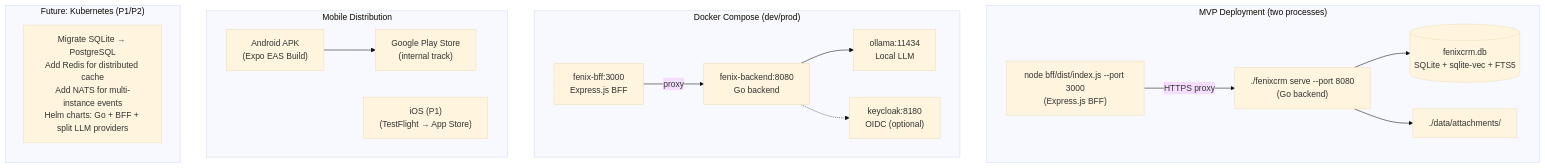
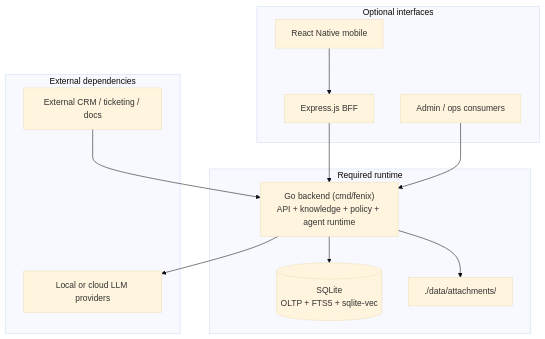
The sixth of 6 diagrams in docs/architecture.md (krukmat/fenix), drawn with Mermaid (base theme) before and after one commit. The commit also changed other lines of this file and 38 other files, not shown here.

````diff
--- a/docs/architecture.md
+++ b/docs/architecture.md
@@ -1369,32 +832,27 @@
 ```mermaid
 flowchart TB
-    subgraph MVP["MVP Deployment (two processes)"]
-        BIN["./fenixcrm serve --port 8080<br/>(Go backend)"]
-        BFF_PROC["node bff/dist/index.js --port 3000<br/>(Express.js BFF)"]
-        BIN --> SQLITE_F[("fenixcrm.db<br/>SQLite + sqlite-vec + FTS5")]
-        BIN --> FS_F["./data/attachments/"]
-        BFF_PROC -->|"HTTPS proxy"| BIN
+    subgraph CORE["Required runtime"]
+        GO["Go backend (cmd/fenix)<br/>API + knowledge + policy + agent runtime"]
+        DB[("SQLite<br/>OLTP + FTS5 + sqlite-vec")]
+        FILES["./data/attachments/"]
+        GO --> DB
+        GO --> FILES
     end
 
-    subgraph Docker["Docker Compose (dev/prod)"]
-        APP_GO["fenix-backend:8080<br/>Go backend"]
-        APP_BFF["fenix-bff:3000<br/>Express.js BFF"]
-        OLLAMA_D["ollama:11434<br/>Local LLM"]
-        KC_D["keycloak:8180<br/>OIDC (optional)"]
-        APP_BFF -->|"proxy"| APP_GO
-        APP_GO --> OLLAMA_D
-        APP_GO -.-> KC_D
+    subgraph OPTIONAL["Optional interfaces"]
+        BFF["Express.js BFF"]
+        MOBILE["React Native mobile"]
+        OPS["Admin / ops consumers"]
+        BFF --> GO
+        MOBILE --> BFF
+        OPS --> GO
     end
 
-    subgraph MobileDist["Mobile Distribution"]
-        APK["Android APK<br/>(Expo EAS Build)"]
-        PLAY["Google Play Store<br/>(internal track)"]
-        IOS["iOS (P1)<br/>(TestFlight → App Store)"]
-        APK --> PLAY
+    subgraph EXT["External dependencies"]
+        LLM["Local or cloud LLM providers"]
+        CRM["External CRM / ticketing / docs"]
     end
 
-    subgraph Future["Future: Kubernetes (P1/P2)"]
-        direction TB
-        NOTE["Migrate SQLite → PostgreSQL<br/>Add Redis for distributed cache<br/>Add NATS for multi-instance events<br/>Helm charts: Go + BFF + split LLM providers"]
-    end
+    GO --> LLM
+    CRM --> GO
 ```
````
